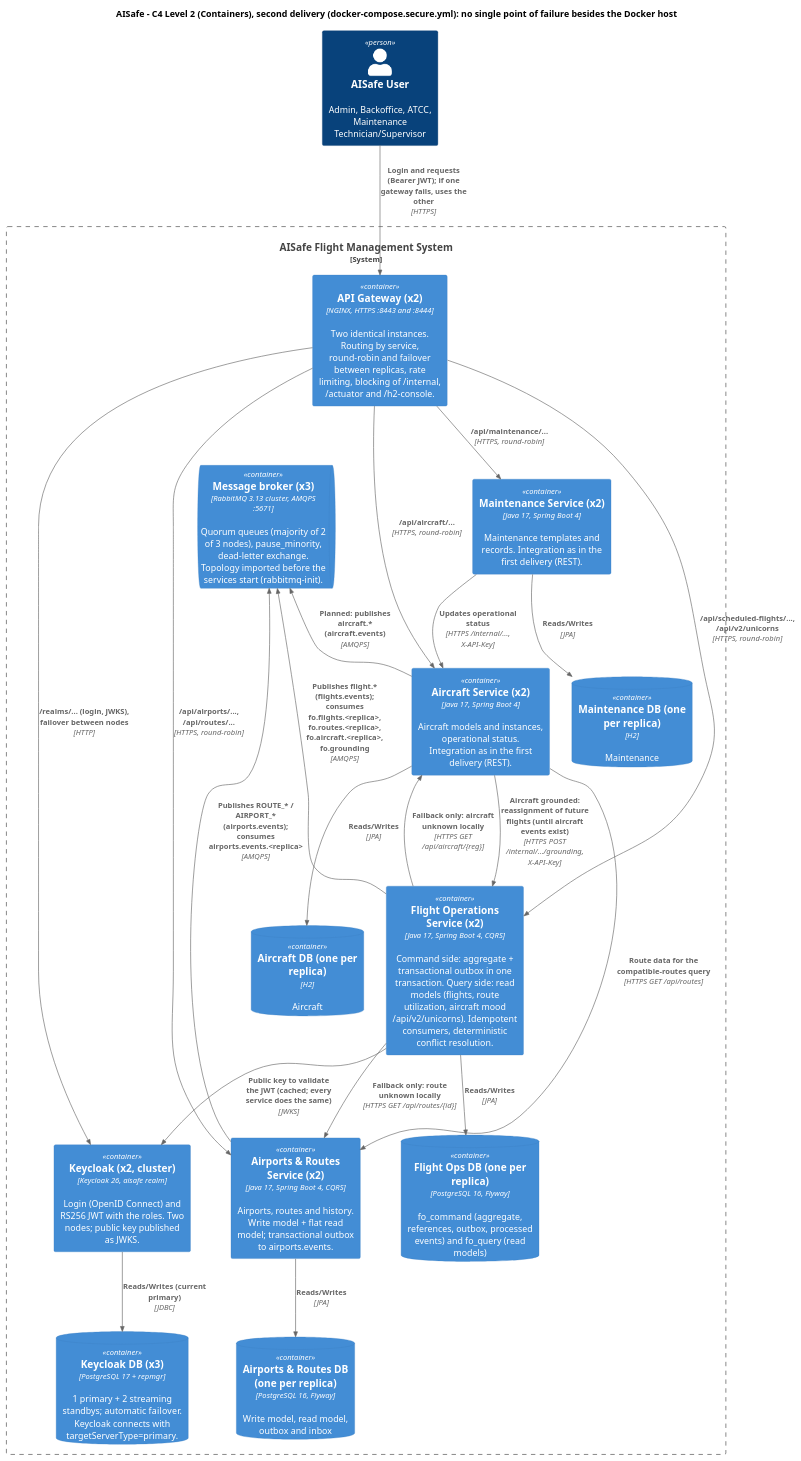
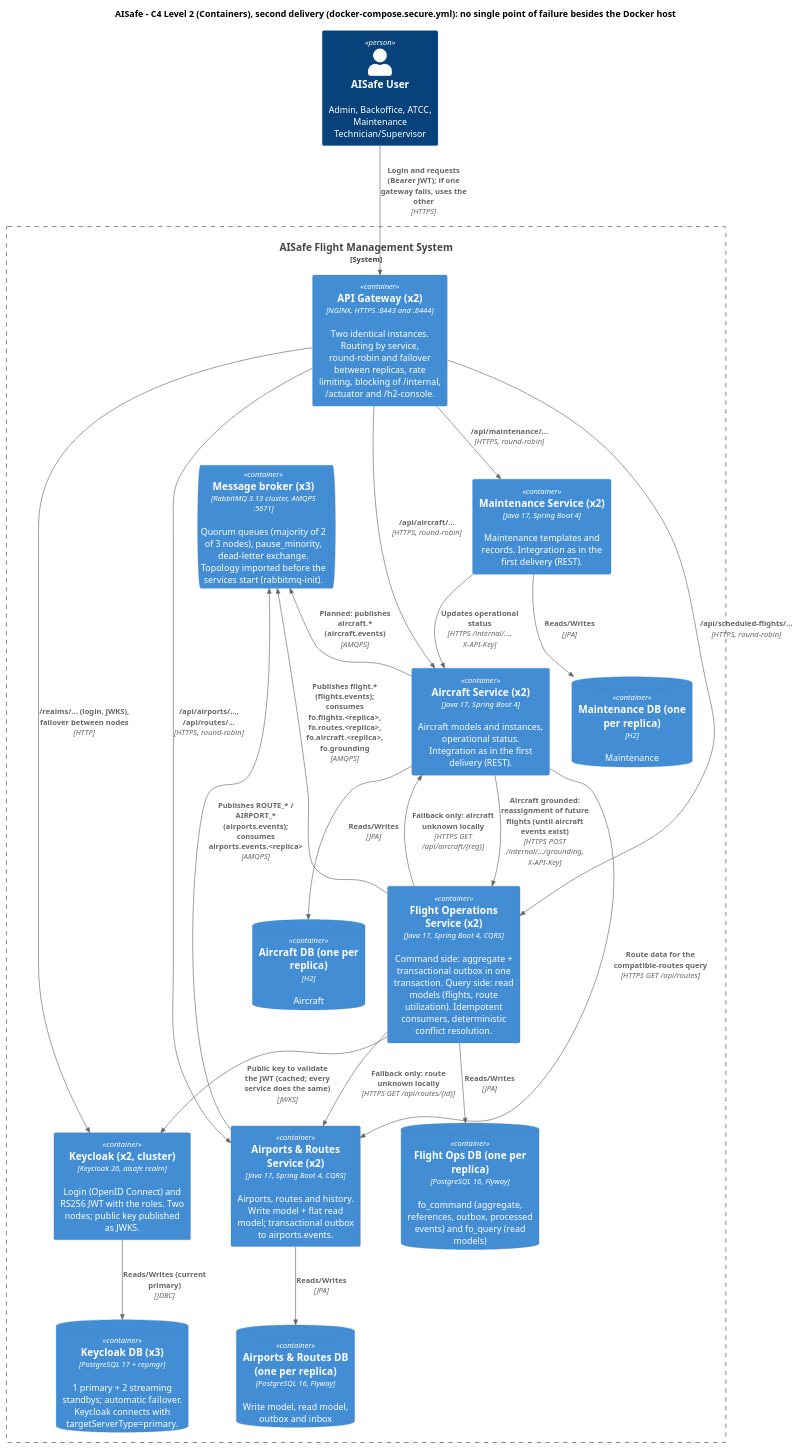
One commit to anamartasilvaa/SIDIG_AI_Safe changed the diagram in docs/SIDIS/E2/c4-container-E2.puml. Above: the diagram before and after it, drawn with PlantUML. The commit also changed 27 other files, not shown here.

Commit message:
documentação e diagramas atualizados

```diff
--- a/docs/SIDIS/E2/c4-container-E2.puml
+++ b/docs/SIDIS/E2/c4-container-E2.puml
@@ -1,52 +1,52 @@
 @startuml c4-container-p2
 !include <C4/C4_Container>
 LAYOUT_TOP_DOWN()
 
 title AISafe - C4 Level 2 (Containers), second delivery (docker-compose.secure.yml): no single point of failure besides the Docker host
 
 Person(user, "AISafe User", "Admin, Backoffice, ATCC, Maintenance Technician/Supervisor")
 
 System_Boundary(aisafe, "AISafe Flight Management System") {
     Container(gw, "API Gateway (x2)", "NGINX, HTTPS :8443 and :8444", "Two identical instances. Routing by service, round-robin and failover between replicas, rate limiting, blocking of /internal, /actuator and /h2-console.")
     Container(kc, "Keycloak (x2, cluster)", "Keycloak 26, aisafe realm", "Login (OpenID Connect) and RS256 JWT with the roles. Two nodes; public key published as JWKS.")
     ContainerDb(kcdb, "Keycloak DB (x3)", "PostgreSQL 17 + repmgr", "1 primary + 2 streaming standbys; automatic failover. Keycloak connects with targetServerType=primary.")
 
     ContainerQueue(mq, "Message broker (x3)", "RabbitMQ 3.13 cluster, AMQPS :5671", "Quorum queues (majority of 2 of 3 nodes), pause_minority, dead-letter exchange. Topology imported before the services start (rabbitmq-init).")
 
-    Container(fo, "Flight Operations Service (x2)", "Java 17, Spring Boot 4, CQRS", "Command side: aggregate + transactional outbox in one transaction. Query side: read models (flights, route utilization, aircraft mood /api/v2/unicorns). Idempotent consumers, deterministic conflict resolution.")
+    Container(fo, "Flight Operations Service (x2)", "Java 17, Spring Boot 4, CQRS", "Command side: aggregate + transactional outbox in one transaction. Query side: read models (flights, route utilization). Idempotent consumers, deterministic conflict resolution.")
     ContainerDb(fodb, "Flight Ops DB (one per replica)", "PostgreSQL 16, Flyway", "fo_command (aggregate, references, outbox, processed events) and fo_query (read models)")
 
     Container(ar, "Airports & Routes Service (x2)", "Java 17, Spring Boot 4, CQRS", "Airports, routes and history. Write model + flat read model; transactional outbox to airports.events.")
     ContainerDb(ardb, "Airports & Routes DB (one per replica)", "PostgreSQL 16, Flyway", "Write model, read model, outbox and inbox")
 
     Container(ac, "Aircraft Service (x2)", "Java 17, Spring Boot 4", "Aircraft models and instances, operational status. Integration as in the first delivery (REST).")
     ContainerDb(acdb, "Aircraft DB (one per replica)", "H2", "Aircraft")
     Container(mt, "Maintenance Service (x2)", "Java 17, Spring Boot 4", "Maintenance templates and records. Integration as in the first delivery (REST).")
     ContainerDb(mtdb, "Maintenance DB (one per replica)", "H2", "Maintenance")
 }
 
 Rel(user, gw, "Login and requests (Bearer JWT); if one gateway fails, uses the other", "HTTPS")
 Rel(gw, kc, "/realms/... (login, JWKS), failover between nodes", "HTTP")
 Rel(kc, kcdb, "Reads/Writes (current primary)", "JDBC")
-Rel(gw, fo, "/api/scheduled-flights/..., /api/v2/unicorns", "HTTPS, round-robin")
+Rel(gw, fo, "/api/scheduled-flights/...", "HTTPS, round-robin")
 Rel(gw, ar, "/api/airports/..., /api/routes/...", "HTTPS, round-robin")
 Rel(gw, ac, "/api/aircraft/...", "HTTPS, round-robin")
 Rel(gw, mt, "/api/maintenance/...", "HTTPS, round-robin")
 
 Rel(fo, mq, "Publishes flight.* (flights.events); consumes fo.flights.<replica>, fo.routes.<replica>, fo.aircraft.<replica>, fo.grounding", "AMQPS")
 Rel(ar, mq, "Publishes ROUTE_* / AIRPORT_* (airports.events); consumes airports.events.<replica>", "AMQPS")
 Rel_U(ac, mq, "Planned: publishes aircraft.* (aircraft.events)", "AMQPS")
 
 Rel(fo, ac, "Fallback only: aircraft unknown locally", "HTTPS GET /api/aircraft/{reg}")
 Rel(fo, ar, "Fallback only: route unknown locally", "HTTPS GET /api/routes/{id}")
 Rel(ac, fo, "Aircraft grounded: reassignment of future flights (until aircraft events exist)", "HTTPS POST /internal/.../grounding, X-API-Key")
 Rel(mt, ac, "Updates operational status", "HTTPS /internal/..., X-API-Key")
 Rel(ac, ar, "Route data for the compatible-routes query", "HTTPS GET /api/routes")
 Rel(fo, kc, "Public key to validate the JWT (cached; every service does the same)", "JWKS")
 
 Rel(fo, fodb, "Reads/Writes", "JPA")
 Rel(ar, ardb, "Reads/Writes", "JPA")
 Rel(ac, acdb, "Reads/Writes", "JPA")
 Rel(mt, mtdb, "Reads/Writes", "JPA")
 
 @enduml
```
